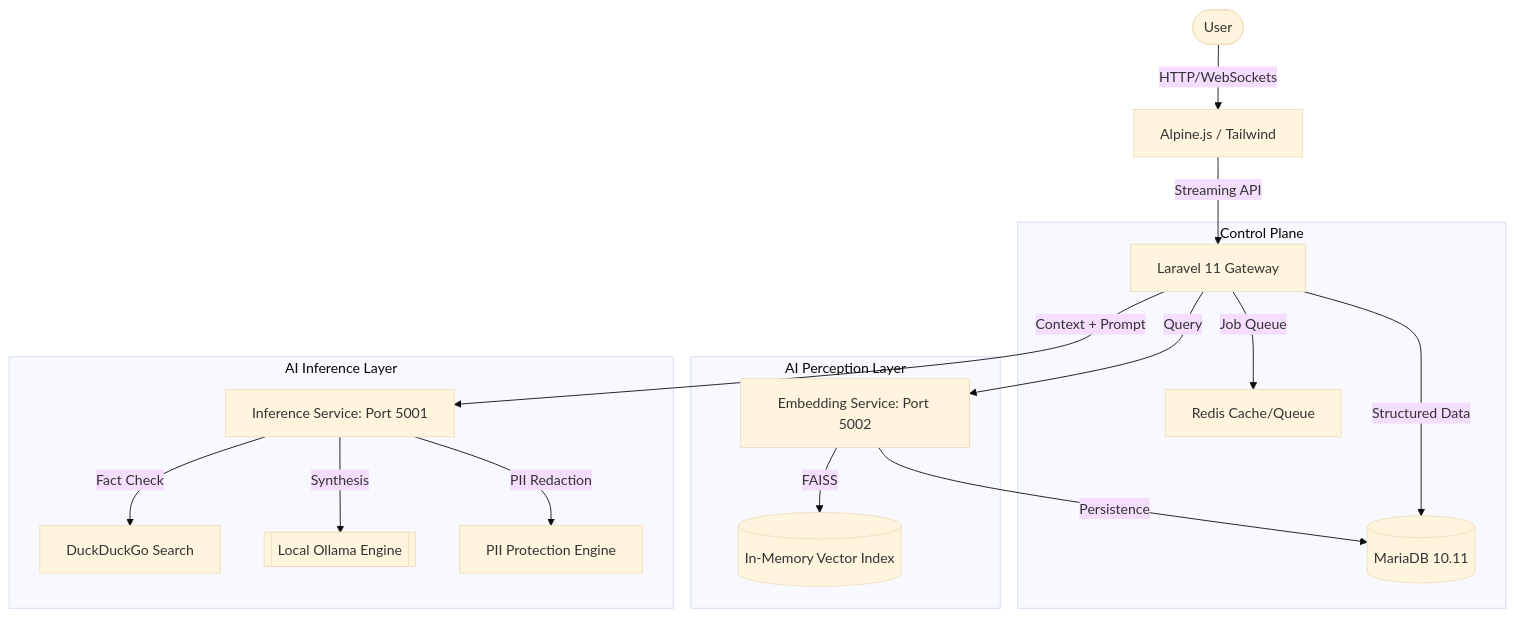
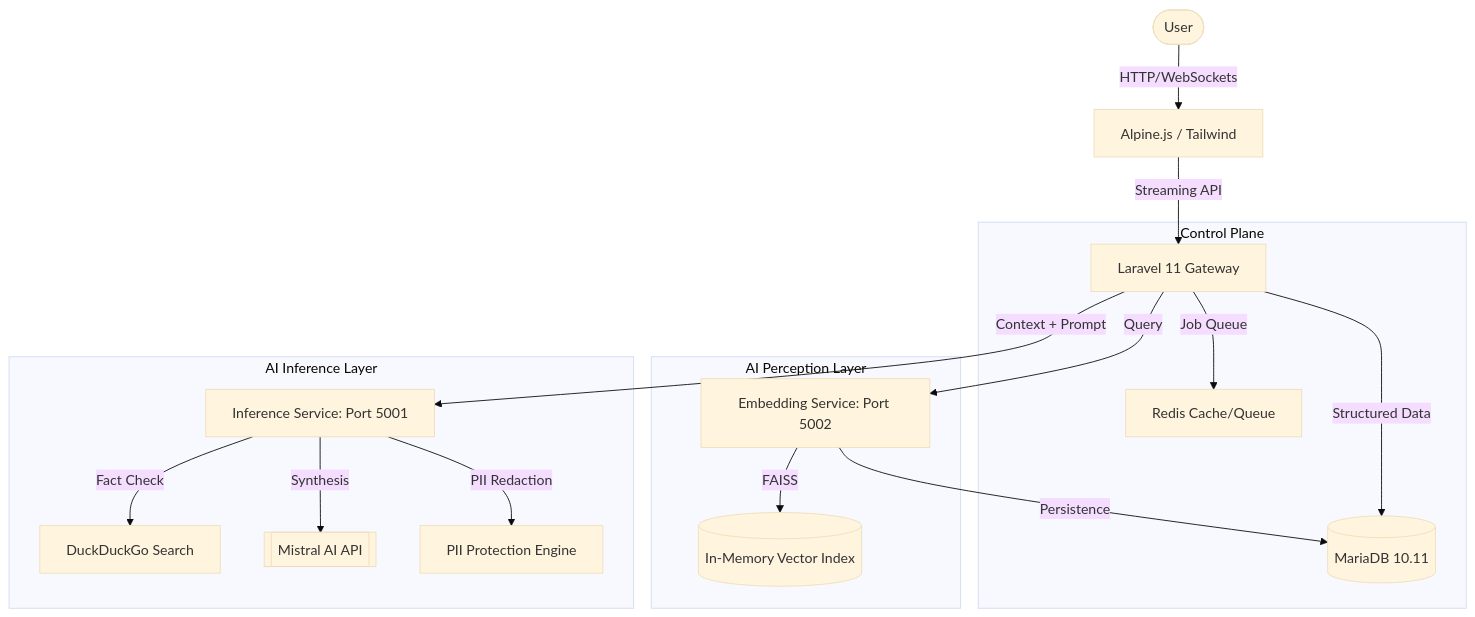
The diagram in README.md (abesquirrel/rephraser_project), drawn with Mermaid (base theme) before and after one commit. The commit also changed other lines of this file and 8 other files, not shown here.

````diff
--- a/README.md
+++ b/README.md
@@ -11,23 +11,23 @@
 ```mermaid
 graph TD
     User([User]) -->|HTTP/WebSockets| Frontend[Alpine.js / Tailwind]
     Frontend -->|Streaming API| Laravel[Laravel 11 Gateway]
 
     subgraph "Control Plane"
         Laravel -->|Structured Data| DB[(MariaDB 10.11)]
         Laravel -->|Job Queue| Redis[Redis Cache/Queue]
     end
 
     subgraph "AI Perception Layer"
         Laravel -->|Query| PyEmbed[Embedding Service: Port 5002]
         PyEmbed -->|FAISS| Vector[(In-Memory Vector Index)]
         PyEmbed -->|Persistence| DB
     end
 
     subgraph "AI Inference Layer"
         Laravel -->|Context + Prompt| PyInfer[Inference Service: Port 5001]
         PyInfer -->|Fact Check| DDG[DuckDuckGo Search]
-        PyInfer -->|Synthesis| Ollama[[Local Ollama Engine]]
+        PyInfer -->|Synthesis| MistralAPI[[Mistral AI API]]
         PyInfer -->|PII Redaction| Regex[PII Protection Engine]
     end
 ```
````
